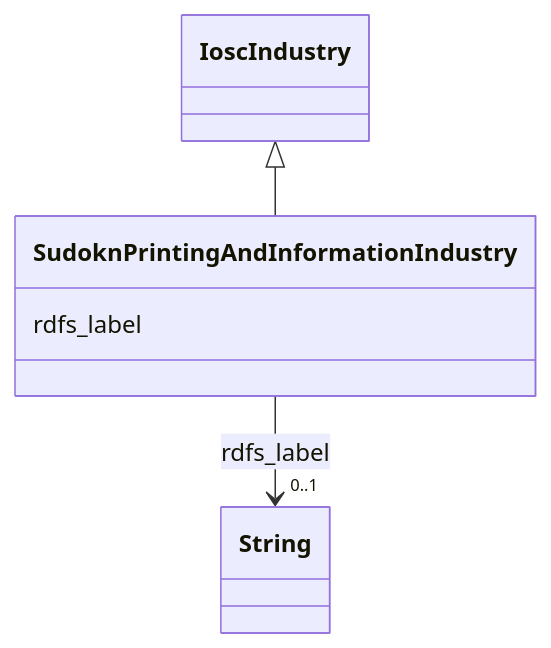
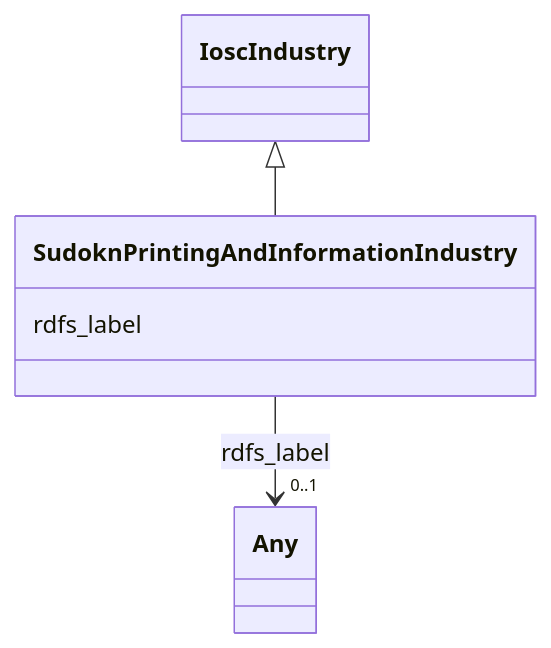
The diagram in sudokn-kg/classes/SudoknPrintingAndInformationIndustry.md (frink-okn/graph-descriptions), drawn with Mermaid before and after one commit. The commit also changed other lines of this file and 903 other files, not shown here.

````diff
--- a/sudokn-kg/classes/SudoknPrintingAndInformationIndustry.md
+++ b/sudokn-kg/classes/SudoknPrintingAndInformationIndustry.md
@@ -23,18 +18,18 @@
 ```mermaid
  classDiagram
     class SudoknPrintingAndInformationIndustry
     click SudoknPrintingAndInformationIndustry href "../SudoknPrintingAndInformationIndustry"
       IoscIndustry <|-- SudoknPrintingAndInformationIndustry
         click IoscIndustry href "../IoscIndustry"
       
       SudoknPrintingAndInformationIndustry : rdfs_label
         
           
     
     
-    SudoknPrintingAndInformationIndustry --> "0..1" String : rdfs_label
-    click String href "../String"
+    SudoknPrintingAndInformationIndustry --> "0..1" Any : rdfs_label
+    click Any href "../Any"
 
         
       
 ```
````
